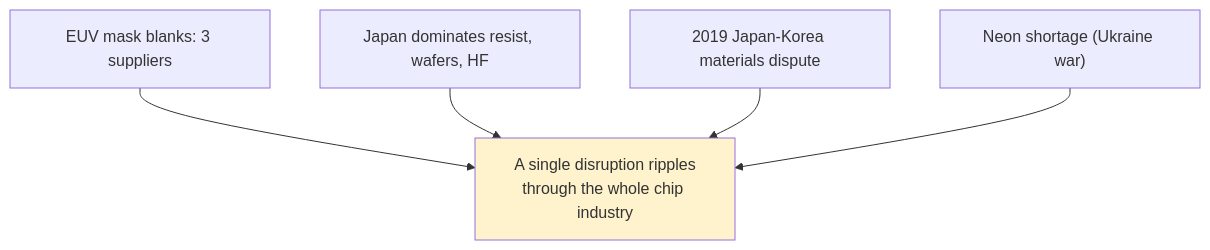
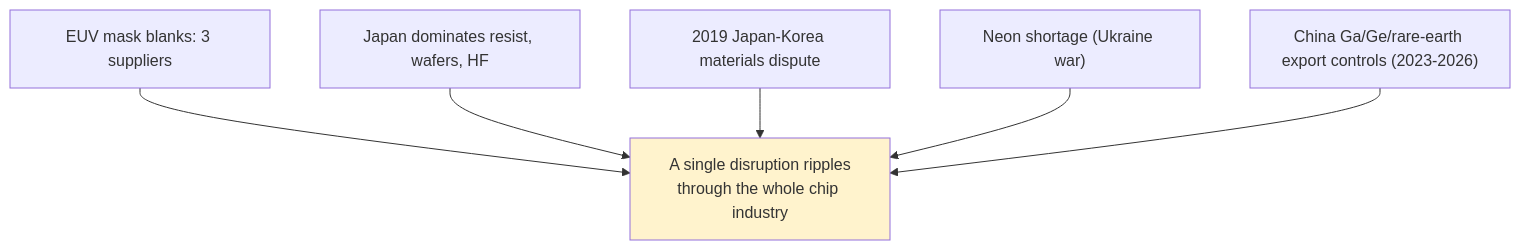
The second of 2 diagrams in 16_key_materials_and_chemicals.md (FrankHuang94/semicap_technologies_claude), drawn with Mermaid before and after one commit. The commit also changed other lines of this file and 60 other files, not shown here.

````diff
--- a/16_key_materials_and_chemicals.md
+++ b/16_key_materials_and_chemicals.md
@@ -36,8 +36,9 @@
 ```mermaid
 flowchart TB
     C1["EUV mask blanks: 3 suppliers"] --> RISK["A single disruption ripples<br/>through the whole chip industry"]
     C2["Japan dominates resist, wafers, HF"] --> RISK
     C3["2019 Japan-Korea materials dispute"] --> RISK
     C4["Neon shortage (Ukraine war)"] --> RISK
+    C5["China Ga/Ge/rare-earth export controls (2023-2026)"] --> RISK
     style RISK fill:#fff3cd
 ```
````
